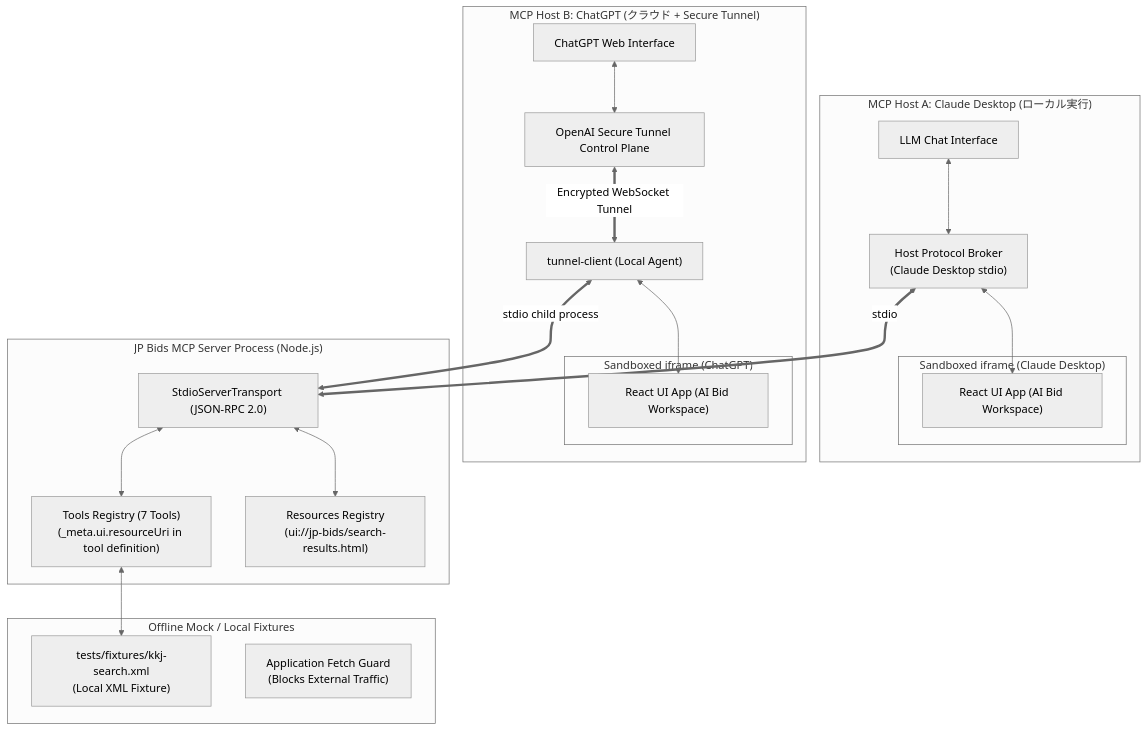
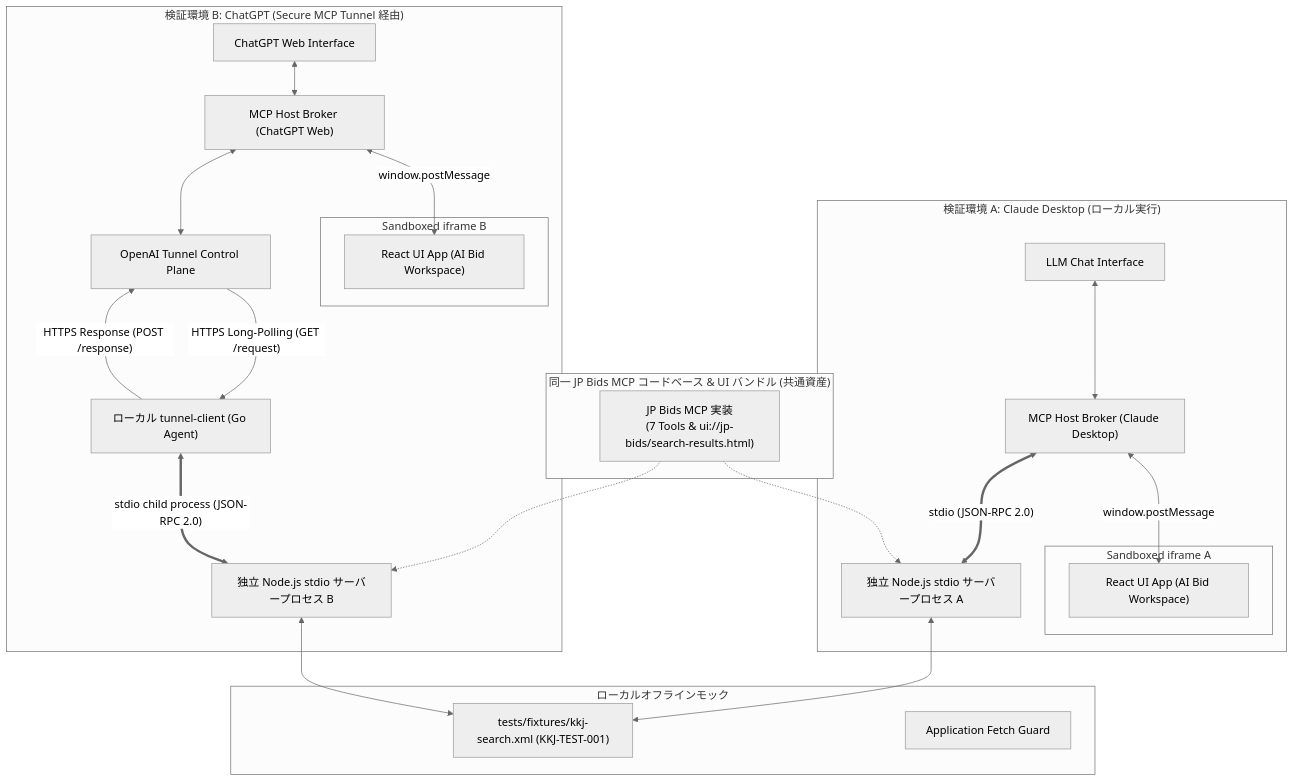
One commit to SUGUKURU-CO-LTD/jp-bids-mcp changed the diagram in docs/showcase/README.md. Above: the diagram before and after it, drawn with Mermaid (neutral theme). The commit also changed other lines of this file and 2 other files, not shown here.

Commit message:
docs: align showcase architecture, app sample code, marketplace extensions, and sync docs/api/index.html

````diff
--- a/docs/showcase/README.md
+++ b/docs/showcase/README.md
@@ -204,41 +208,47 @@
 ```mermaid
 flowchart TB
-  subgraph HostA["MCP Host A: Claude Desktop (ローカル実行)"]
+  subgraph Shared["同一 JP Bids MCP コードベース & UI バンドル (共通資産)"]
+    Codebase["JP Bids MCP 実装\n(7 Tools & ui://jp-bids/search-results.html)"]
+  end
+
+  subgraph ClientA["検証環境 A: Claude Desktop (ローカル実行)"]
     ChatA["LLM Chat Interface"]
-    HostBrokerA["Host Protocol Broker\n(Claude Desktop stdio)"]
-    subgraph UIContainerA["Sandboxed iframe (Claude Desktop)"]
+    HostA["MCP Host Broker (Claude Desktop)"]
+    subgraph UIContainerA["Sandboxed iframe A"]
       ReactAppA["React UI App (AI Bid Workspace)"]
     end
-    ChatA <--> HostBrokerA
-    HostBrokerA <--> ReactAppA
+    ServerA["独立 Node.js stdio サーバープロセス A"]
+
+    ChatA <--> HostA
+    HostA <--"window.postMessage"--> ReactAppA
+    HostA <=="stdio (JSON-RPC 2.0)"==> ServerA
   end
 
-  subgraph HostB["MCP Host B: ChatGPT (クラウド + Secure Tunnel)"]
+  subgraph ClientB["検証環境 B: ChatGPT (Secure MCP Tunnel 経由)"]
     ChatB["ChatGPT Web Interface"]
-    TunnelCloud["OpenAI Secure Tunnel Control Plane"]
-    TunnelClient["tunnel-client (Local Agent)"]
-    subgraph UIContainerB["Sandboxed iframe (ChatGPT)"]
+    HostB["MCP Host Broker (ChatGPT Web)"]
+    subgraph UIContainerB["Sandboxed iframe B"]
       ReactAppB["React UI App (AI Bid Workspace)"]
     end
-    ChatB <--> TunnelCloud
-    TunnelCloud <== "Encrypted WebSocket Tunnel" ==> TunnelClient
-    TunnelClient <--> ReactAppB
+    TunnelCloud["OpenAI Tunnel Control Plane"]
+    TunnelClient["ローカル tunnel-client (Go Agent)"]
+    ServerB["独立 Node.js stdio サーバープロセス B"]
+
+    ChatB <--> HostB
+    HostB <--"window.postMessage"--> ReactAppB
+    HostB <--> TunnelCloud
+    TunnelCloud -- "HTTPS Long-Polling (GET /request)" --> TunnelClient
+    TunnelClient -- "HTTPS Response (POST /response)" --> TunnelCloud
+    TunnelClient <=="stdio child process (JSON-RPC 2.0)"==> ServerB
   end
 
-  subgraph Server["JP Bids MCP Server Process (Node.js)"]
-    Stdio["StdioServerTransport (JSON-RPC 2.0)"]
-    Tools["Tools Registry (7 Tools)\n(_meta.ui.resourceUri in tool definition)"]
-    Resources["Resources Registry\n(ui://jp-bids/search-results.html)"]
-    Stdio <--> Tools
-    Stdio <--> Resources
+  subgraph DataLayer["ローカルオフラインモック"]
+    Fixture["tests/fixtures/kkj-search.xml (KKJ-TEST-001)"]
+    FetchGuard["Application Fetch Guard"]
   end
 
-  subgraph DataLayer["Offline Mock / Local Fixtures"]
-    Fixture["tests/fixtures/kkj-search.xml\n(Local XML Fixture)"]
-    FetchGuard["Application Fetch Guard\n(Blocks External Traffic)"]
-    Tools <--> Fixture
-  end
-
-  HostBrokerA <== "stdio" ==> Stdio
-  TunnelClient <== "stdio child process" ==> Stdio
+  Codebase -.-> ServerA
+  Codebase -.-> ServerB
+  ServerA <--> Fixture
+  ServerB <--> Fixture
 ```
````
